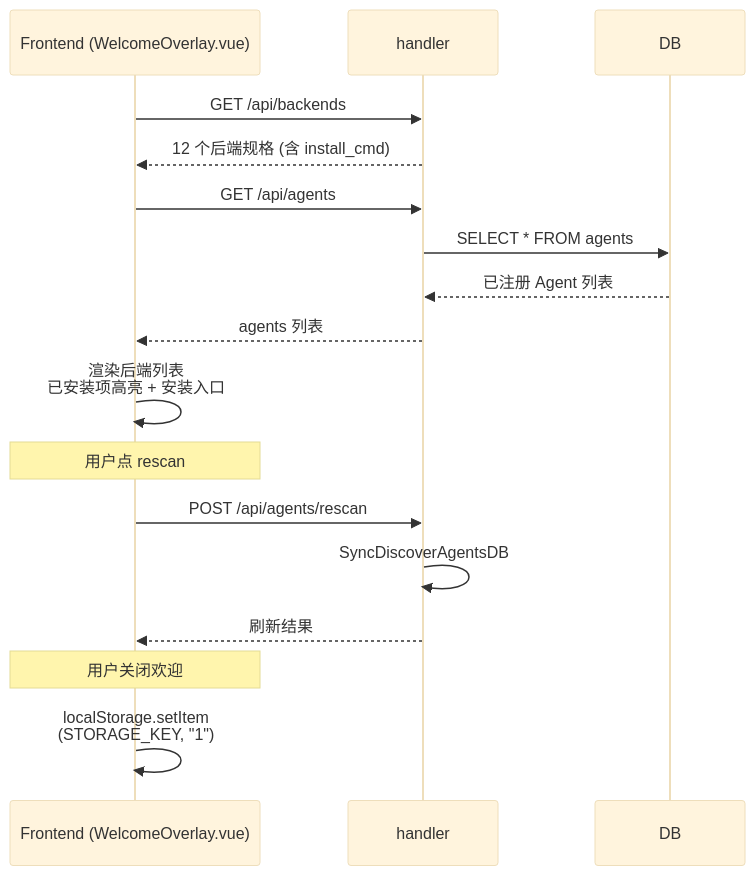
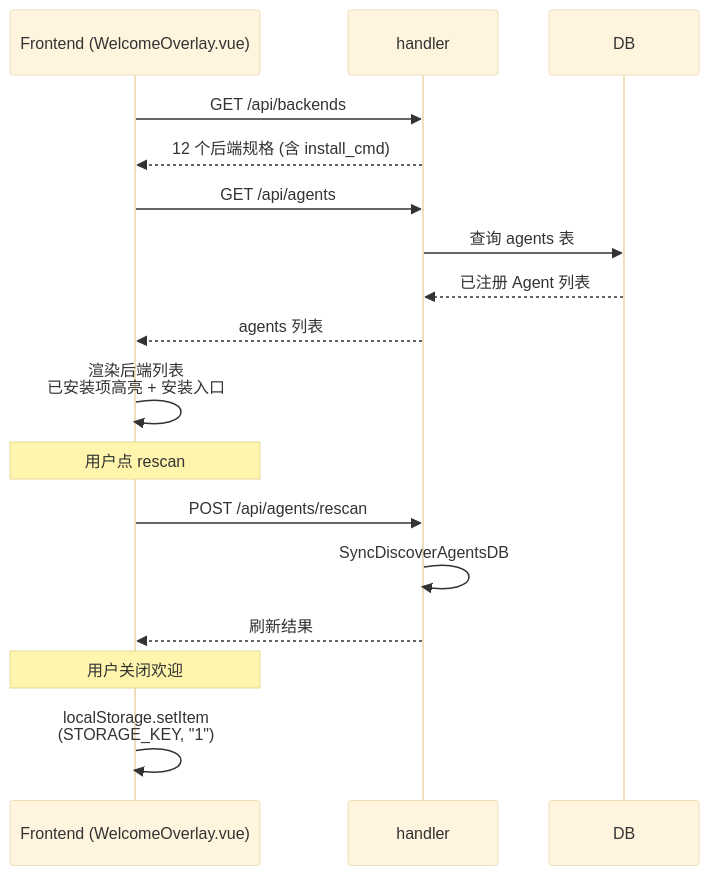
Before and after one commit to 0REZ/clawbench: the first of 2 diagrams in docs/spec/features/setup-wizard.md, drawn with Mermaid (base theme). The commit also changed 300 other files, not shown here.

````diff
--- a/docs/spec/features/setup-wizard.md
+++ b/docs/spec/features/setup-wizard.md
@@ -17,20 +17,20 @@
 ```mermaid
 sequenceDiagram
     participant F as Frontend (WelcomeOverlay.vue)
     participant H as handler
     participant DB
 
     F->>H: GET /api/backends
     H-->>F: 12 个后端规格 (含 install_cmd)
     F->>H: GET /api/agents
-    H->>DB: SELECT * FROM agents
+    H->>DB: 查询 agents 表
     DB-->>H: 已注册 Agent 列表
     H-->>F: agents 列表
     F->>F: 渲染后端列表<br/>已安装项高亮 + 安装入口
     Note over F: 用户点 rescan
     F->>H: POST /api/agents/rescan
     H->>H: SyncDiscoverAgentsDB
     H-->>F: 刷新结果
     Note over F: 用户关闭欢迎
     F->>F: localStorage.setItem<br/>(STORAGE_KEY, "1")
 ```
````
